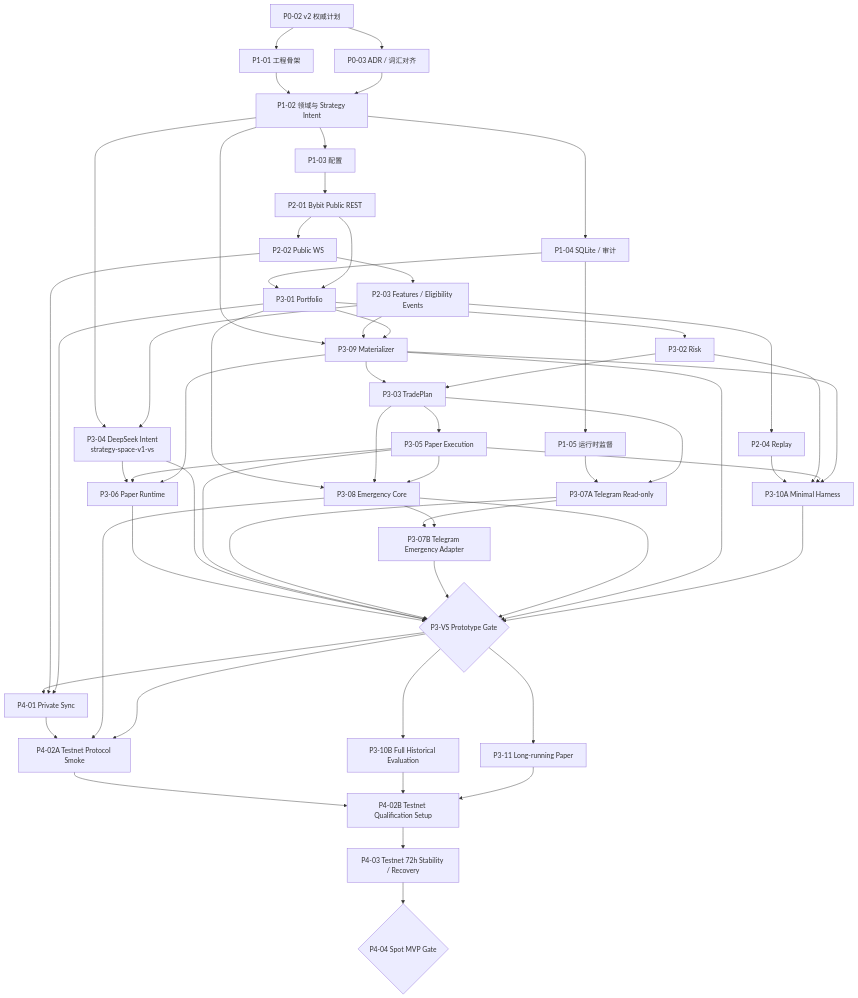
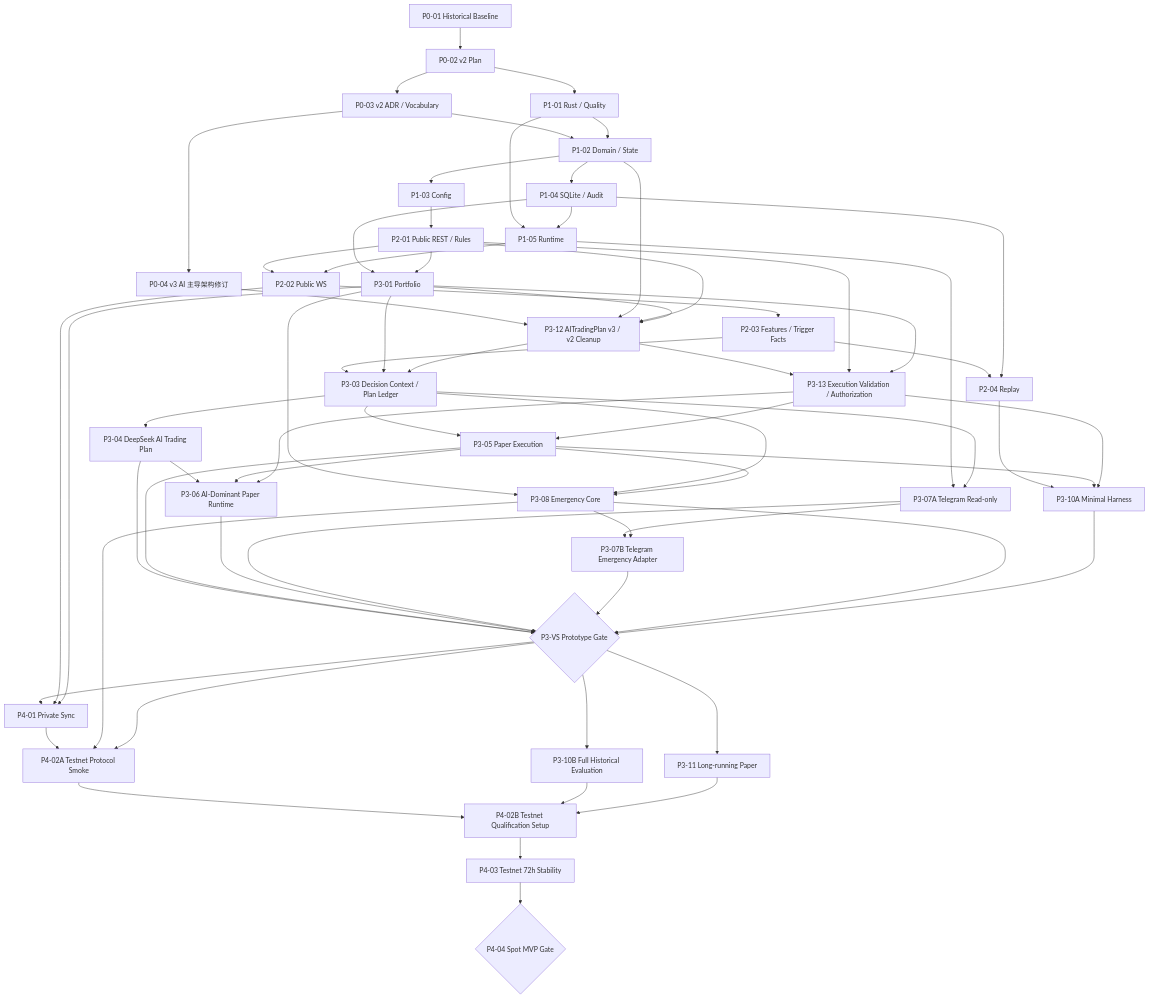
Before and after one commit to misakimei123/iron-pilot: the first of 2 diagrams in docs/DEVELOPMENT_PLAN.md, drawn with Mermaid. The commit also changed other lines of this file and 11 other files, not shown here.

Commit message:
docs(plan): adopt AI-dominant trading architecture

````diff
--- a/docs/DEVELOPMENT_PLAN.md
+++ b/docs/DEVELOPMENT_PLAN.md
@@ -729,24 +605,26 @@
 ```mermaid
 flowchart TD
-    P002["P0-02 v2 权威计划"]
-    P003["P0-03 ADR / 词汇对齐"]
-    P101["P1-01 工程骨架"]
-    P102["P1-02 领域与 Strategy Intent"]
-    P103["P1-03 配置"]
-    P104["P1-04 SQLite / 审计"]
-    P105["P1-05 运行时监督"]
-    P201["P2-01 Bybit Public REST"]
+    P001["P0-01 Historical Baseline"]
+    P002["P0-02 v2 Plan"]
+    P003["P0-03 v2 ADR / Vocabulary"]
+    P004["P0-04 v3 AI 主导架构修订"]
+    P101["P1-01 Rust / Quality"]
+    P102["P1-02 Domain / State"]
+    P103["P1-03 Config"]
+    P104["P1-04 SQLite / Audit"]
+    P105["P1-05 Runtime"]
+    P201["P2-01 Public REST / Rules"]
     P202["P2-02 Public WS"]
-    P203["P2-03 Features / Eligibility Events"]
+    P203["P2-03 Features / Trigger Facts"]
     P204["P2-04 Replay"]
     P301["P3-01 Portfolio"]
-    P302["P3-02 Risk"]
-    P309["P3-09 Materializer"]
-    P303["P3-03 TradePlan"]
-    P304["P3-04 DeepSeek Intent<br/>strategy-space-v1-vs"]
+    P312["P3-12 AITradingPlan v3 / v2 Cleanup"]
+    P303["P3-03 Decision Context / Plan Ledger"]
+    P304["P3-04 DeepSeek AI Trading Plan"]
+    P313["P3-13 Execution Validation / Authorization"]
     P305["P3-05 Paper Execution"]
     P310A["P3-10A Minimal Harness"]
-    P306["P3-06 Paper Runtime"]
+    P306["P3-06 AI-Dominant Paper Runtime"]
     P307A["P3-07A Telegram Read-only"]
     P308["P3-08 Emergency Core"]
     P307B["P3-07B Telegram Emergency Adapter"]
@@ -756,31 +634,46 @@
     P401["P4-01 Private Sync"]
     P402A["P4-02A Testnet Protocol Smoke"]
     P402B["P4-02B Testnet Qualification Setup"]
-    P403["P4-03 Testnet 72h Stability / Recovery"]
+    P403["P4-03 Testnet 72h Stability"]
     P404{"P4-04 Spot MVP Gate"}
 
+    P001 --> P002
+    P002 --> P003
+    P003 --> P004
     P002 --> P101
-    P002 --> P003
+    P003 --> P102
     P101 --> P102
-    P003 --> P102
-    P102 --> P103 --> P201
-    P102 --> P104 --> P105
-    P201 --> P202 --> P203 --> P204
+    P102 --> P103
+    P102 --> P104
+    P101 --> P105
+    P104 --> P105
+    P103 --> P201
+    P201 --> P202
+    P105 --> P202
+    P202 --> P203
+    P203 --> P204
+    P104 --> P204
     P104 --> P301
-    P201 --> P301 --> P302
-    P102 --> P309
-    P203 --> P309
-    P301 --> P309 --> P303
-    P302 --> P303 --> P305
-    P102 --> P304
-    P203 --> P304
+    P201 --> P301
+    P004 --> P312
+    P102 --> P312
+    P201 --> P312
+    P301 --> P312
+    P203 --> P303
+    P301 --> P303
+    P312 --> P303
+    P303 --> P304
+    P312 --> P313
+    P201 --> P313
+    P301 --> P313
+    P303 --> P305
+    P313 --> P305
     P204 --> P310A
-    P302 --> P310A
     P305 --> P310A
-    P309 --> P310A
+    P313 --> P310A
     P304 --> P306
     P305 --> P306
-    P309 --> P306
+    P313 --> P306
     P105 --> P307A
     P303 --> P307A
     P301 --> P308
@@ -788,13 +681,12 @@
     P305 --> P308
     P307A --> P307B
     P308 --> P307B
-    P306 --> P3VS
     P304 --> P3VS
     P305 --> P3VS
+    P306 --> P3VS
     P307A --> P3VS
     P307B --> P3VS
     P308 --> P3VS
-    P309 --> P3VS
     P310A --> P3VS
     P3VS --> P310B
     P3VS --> P311
@@ -807,5 +699,6 @@
     P402A --> P402B
     P310B --> P402B
     P311 --> P402B
-    P402B --> P403 --> P404
+    P402B --> P403
+    P403 --> P404
 ```
````
